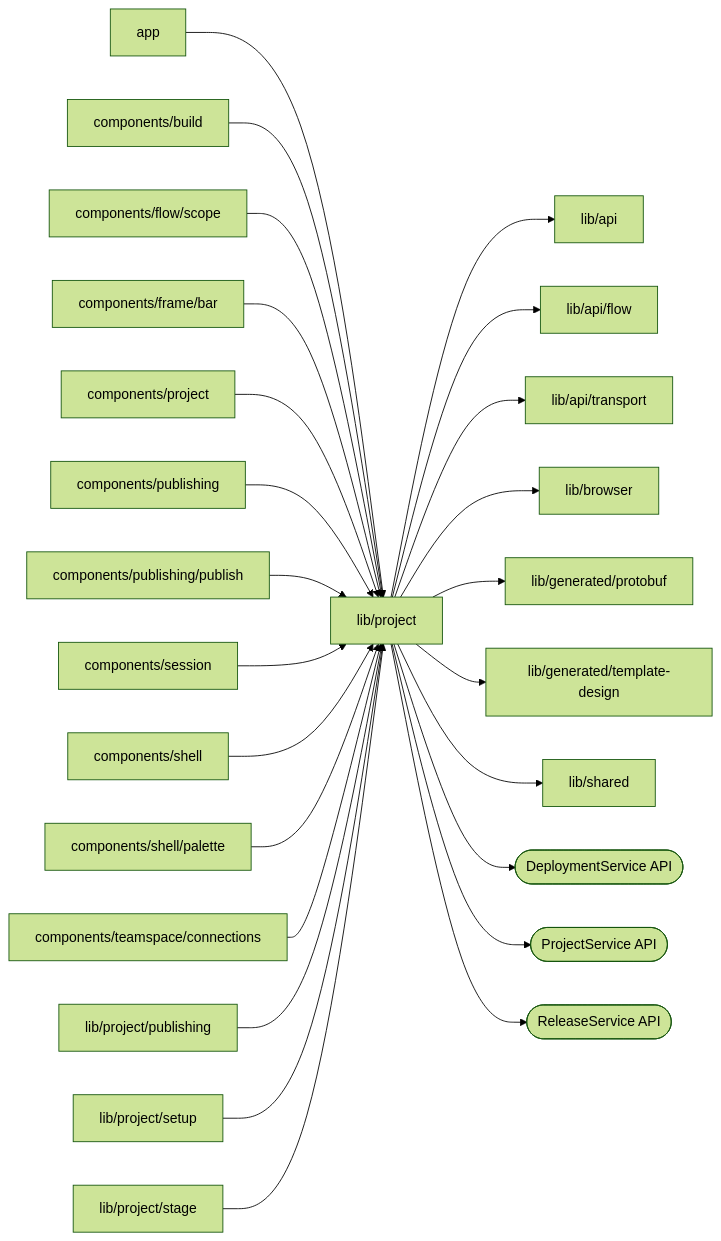
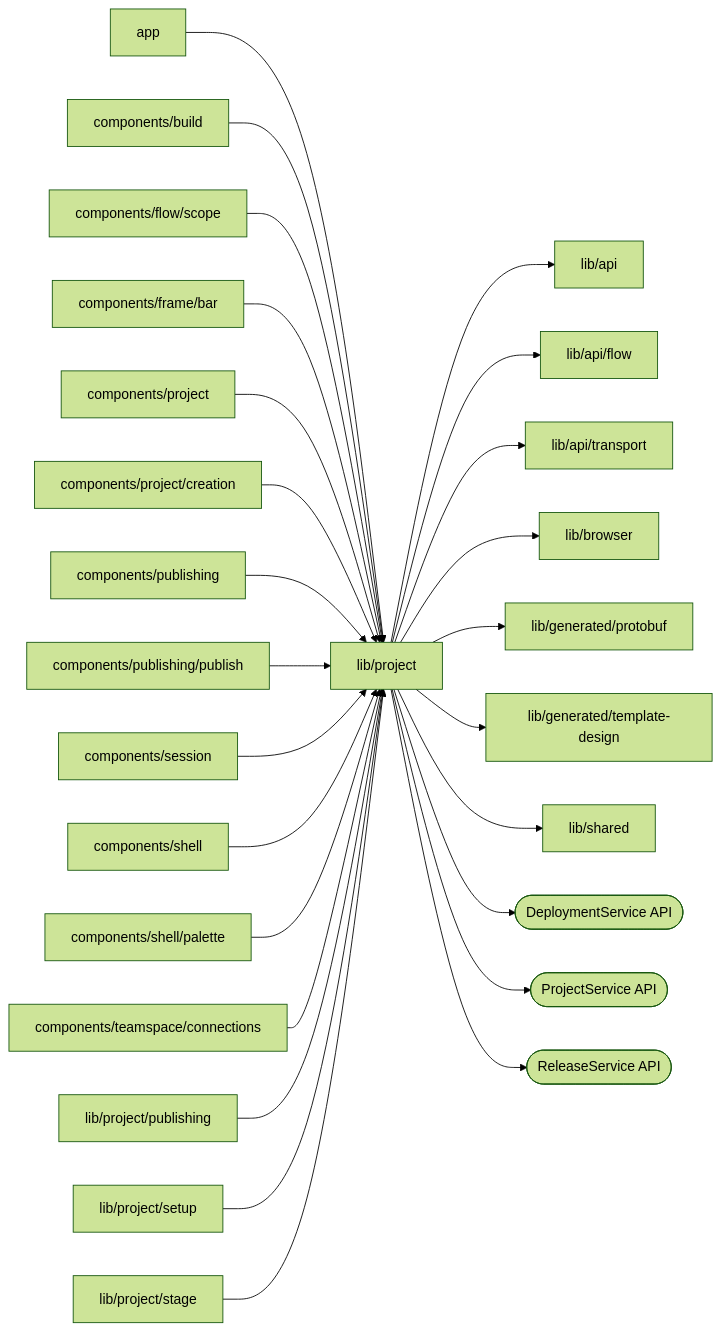
Before and after one commit to superdurable/superverse: the diagram in web/studio/lib/project/README.md, drawn with Mermaid (forest theme). The commit also changed other lines of this file and 47 other files, not shown here.

````diff
--- a/web/studio/lib/project/README.md
+++ b/web/studio/lib/project/README.md
@@ -10,28 +10,29 @@
 ```mermaid
 flowchart LR
   self["lib/project"]
   c0["app"] --> self
   c1["components/build"] --> self
   c2["components/flow/scope"] --> self
   c3["components/frame/bar"] --> self
   c4["components/project"] --> self
-  c5["components/publishing"] --> self
-  c6["components/publishing/publish"] --> self
-  c7["components/session"] --> self
-  c8["components/shell"] --> self
-  c9["components/shell/palette"] --> self
-  c10["components/teamspace/connections"] --> self
-  c11["lib/project/publishing"] --> self
-  c12["lib/project/setup"] --> self
-  c13["lib/project/stage"] --> self
+  c5["components/project/creation"] --> self
+  c6["components/publishing"] --> self
+  c7["components/publishing/publish"] --> self
+  c8["components/session"] --> self
+  c9["components/shell"] --> self
+  c10["components/shell/palette"] --> self
+  c11["components/teamspace/connections"] --> self
+  c12["lib/project/publishing"] --> self
+  c13["lib/project/setup"] --> self
+  c14["lib/project/stage"] --> self
   self --> d0["lib/api"]
   self --> d1["lib/api/flow"]
   self --> d2["lib/api/transport"]
   self --> d3["lib/browser"]
   self --> d4["lib/generated/protobuf"]
   self --> d5["lib/generated/template-design"]
   self --> d6["lib/shared"]
   self --> e0(["DeploymentService API"])
   self --> e1(["ProjectService API"])
   self --> e2(["ReleaseService API"])
 ```
````
